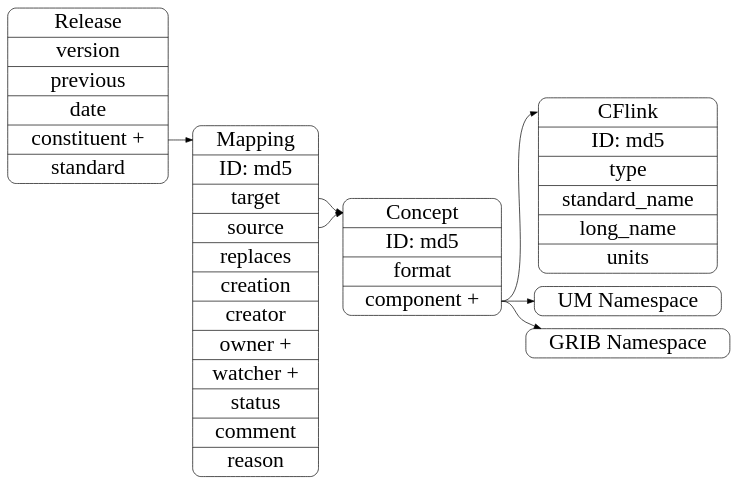
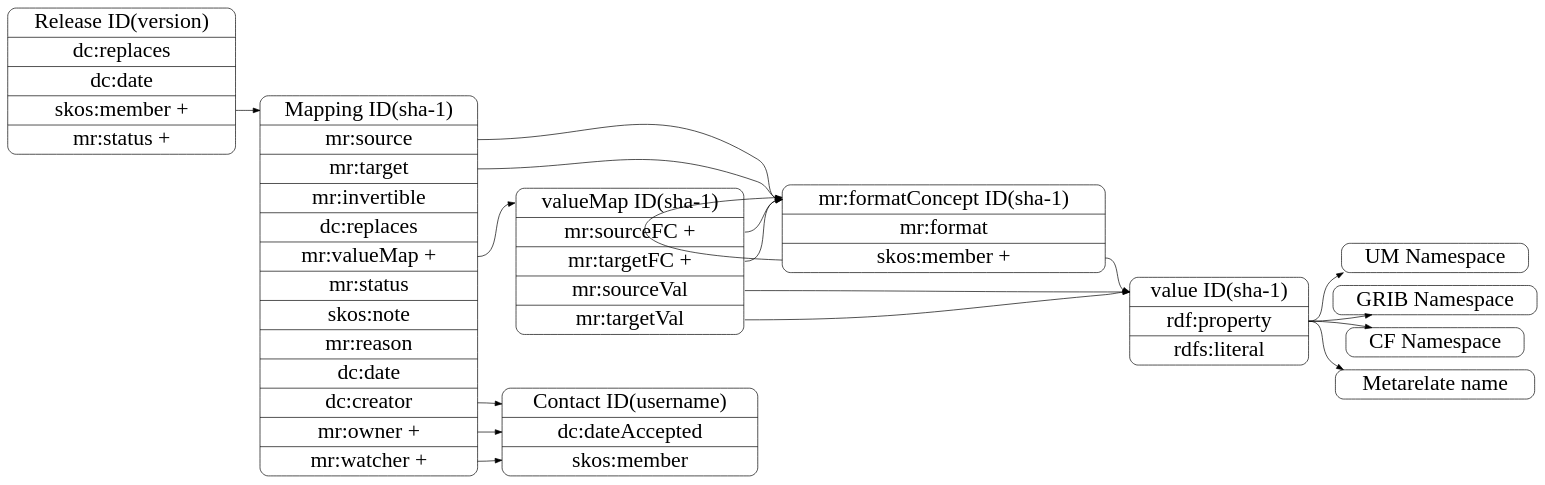
The diagram in docs/source/developer/design/records.dot (metarelate/metOcean-mapping), drawn with Graphviz before and after one commit. The commit also changed 18 other files, not shown here.

```diff
--- a/docs/source/developer/design/records.dot
+++ b/docs/source/developer/design/records.dot
@@ -1,63 +1,87 @@
 digraph records {
 
 ## basic setup 
 
    	rankdir = LR;
         node [
         fontsize = 32,
         shape = Mrecord
         ];
 
         edge [
         fontsize = 24
         ];
 
 ## class definitions
 
-   	cflink [
-	label = "<title> CFlink |ID: md5 |<type>type |<sn>standard_name |<ln>long_name |<units>units"
+   	value [
+	label = "<title> value ID(sha-1) |<prop> rdf:property | rdfs:literal"
 	];
 
-	concept [
-	label = "<title> Concept |ID: md5|<format> format |<component> component +"
+   	formatconcept [
+	label = "<title> mr:formatConcept ID(sha-1) |<format> mr:format |<component> skos:member +"
+	];
+
+	valuemap [
+	label = "<title> valueMap ID(sha-1) |<sourcefc> mr:sourceFC +|<targetfc> mr:targetFC +|<sourceval> mr:sourceVal |<targetval> mr:targetVal "
 	];
 
 	mapping [
-
-	label = "<title> Mapping |ID: md5 |<target> target |<source> source |replaces |creation |creator |owner + |watcher + |status |comment |reason "
-
+	label = "<title> Mapping ID(sha-1) |<source> mr:source |<target> mr:target |mr:invertible | dc:replaces  |<valmap> mr:valueMap +|mr:status |skos:note |mr:reason |dc:date |<c> dc:creator |<o> mr:owner + |<w> mr:watcher +"
 	];
 
 
 	release [
-	label = "<title> Release |version|previous|date|<con>constituent + |standard"
+	label = "<title> Release ID(version)|dc:replaces|dc:date|<con>skos:member + |mr:status +"
 	];
 
+	contact [
+	label = "<title> Contact ID(username) | dc:dateAccepted | skos:member"
+	];
 
 	um [
 	label = "UM Namespace"
 	];
 
 	grib [
 	label = "GRIB Namespace"
 	];
 
+	cf [
+	label = "CF Namespace"
+	];
 
+	mrnamed [
+	label = "Metarelate name"
+	];
 
 ## relations
 
 
+	release:con -> mapping:title
+	
+	mapping:source -> formatconcept:title
 
-	release:con -> mapping:title
+	mapping:target -> formatconcept:title
 
-	mapping:source -> concept:title
+	formatconcept:component -> formatconcept:title
 
-	mapping:target -> concept:title
+	formatconcept:component -> value:title
 
-	concept:component -> um
+	mapping:valmap -> valuemap:title
 
-	concept:component -> grib
+	valuemap:sourceval -> value:title
+	valuemap:sourcefc -> formatconcept:title
+	valuemap:targetval -> value:title
+	valuemap:targetfc -> formatconcept:title
 
-	concept:component -> cflink:title
+	value:prop -> um
+	value:prop -> grib
+	value:prop -> cf
+	value:prop -> mrnamed
+
+	mapping:c -> contact
+	mapping:o -> contact
+	mapping:w -> contact
 
 }
```
